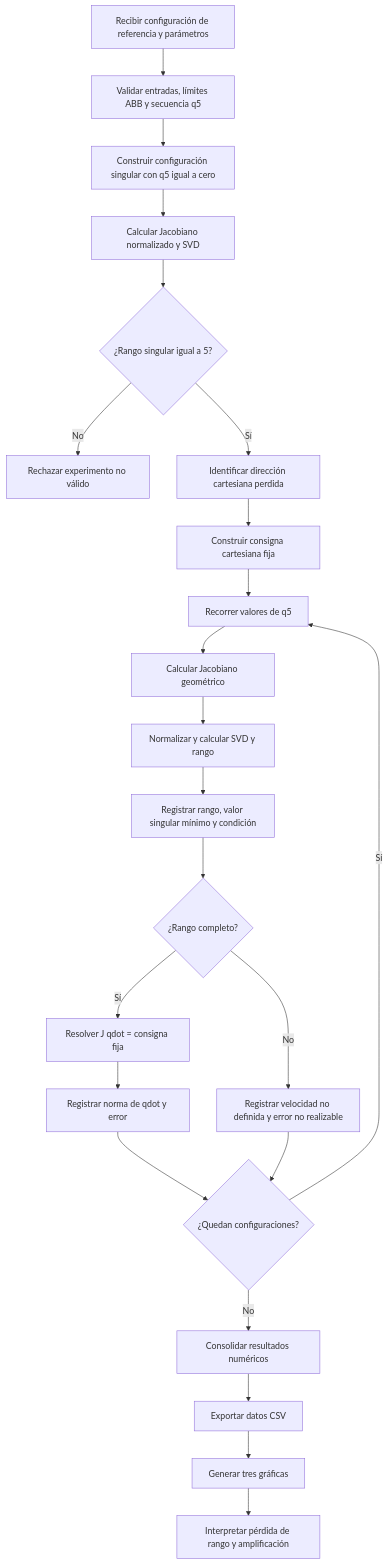
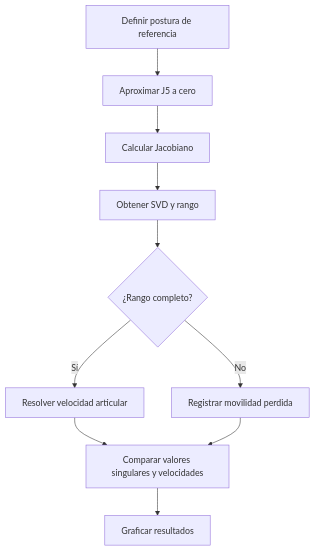
One commit to mario-nina/planificacion-UCB changed the seventh of 8 diagrams in 2-2026/IMT342/equipo/hitos/hito2/docs/diagramas_flujo.md. Above: the diagram before and after it, drawn with Mermaid. The commit also changed other lines of this file and 6 other files, not shown here.

````diff
--- a/2-2026/IMT342/equipo/hitos/hito2/docs/diagramas_flujo.md
+++ b/2-2026/IMT342/equipo/hitos/hito2/docs/diagramas_flujo.md
@@ -569,32 +264,17 @@
 ```mermaid
 flowchart TD
-    A["Recibir configuración de referencia y parámetros"]
-    B["Validar entradas, límites ABB y secuencia q5"]
-    C["Construir configuración singular con q5 igual a cero"]
-    D["Calcular Jacobiano normalizado y SVD"]
-    E{"¿Rango singular igual a 5?"}
-    X["Rechazar experimento no válido"]
-    F["Identificar dirección cartesiana perdida"]
-    G["Construir consigna cartesiana fija"]
-    H["Recorrer valores de q5"]
-    I["Calcular Jacobiano geométrico"]
-    J["Normalizar y calcular SVD y rango"]
-    K["Registrar rango, valor singular mínimo y condición"]
-    L{"¿Rango completo?"}
-    M["Resolver J qdot = consigna fija"]
-    N["Registrar norma de qdot y error"]
-    O["Registrar velocidad no definida y error no realizable"]
-    P{"¿Quedan configuraciones?"}
-    Q["Consolidar resultados numéricos"]
-    R["Exportar datos CSV"]
-    S["Generar tres gráficas"]
-    T["Interpretar pérdida de rango y amplificación"]
+    A["Definir postura de referencia"]
+    B["Aproximar J5 a cero"]
+    C["Calcular Jacobiano"]
+    D["Obtener SVD y rango"]
+    E{"¿Rango completo?"}
+    F["Resolver velocidad articular"]
+    G["Registrar movilidad perdida"]
+    H["Comparar valores singulares y velocidades"]
+    I["Graficar resultados"]
 
     A --> B --> C --> D --> E
-    E -->|No| X
-    E -->|Sí| F --> G --> H --> I --> J --> K --> L
-    L -->|Sí| M --> N --> P
-    L -->|No| O --> P
-    P -->|Sí| H
-    P -->|No| Q --> R --> S --> T
+    E -->|Sí| F --> H
+    E -->|No| G --> H
+    H --> I
 ```
````
